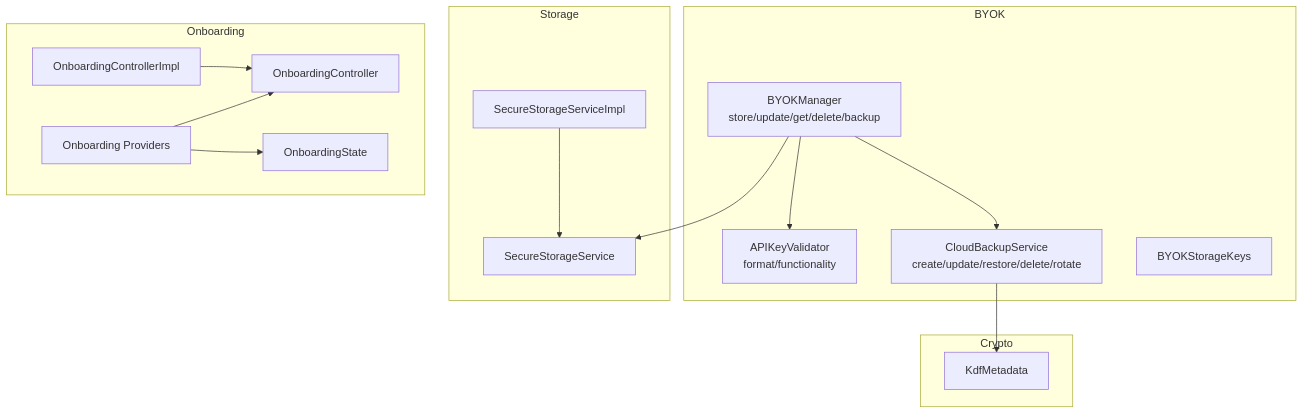
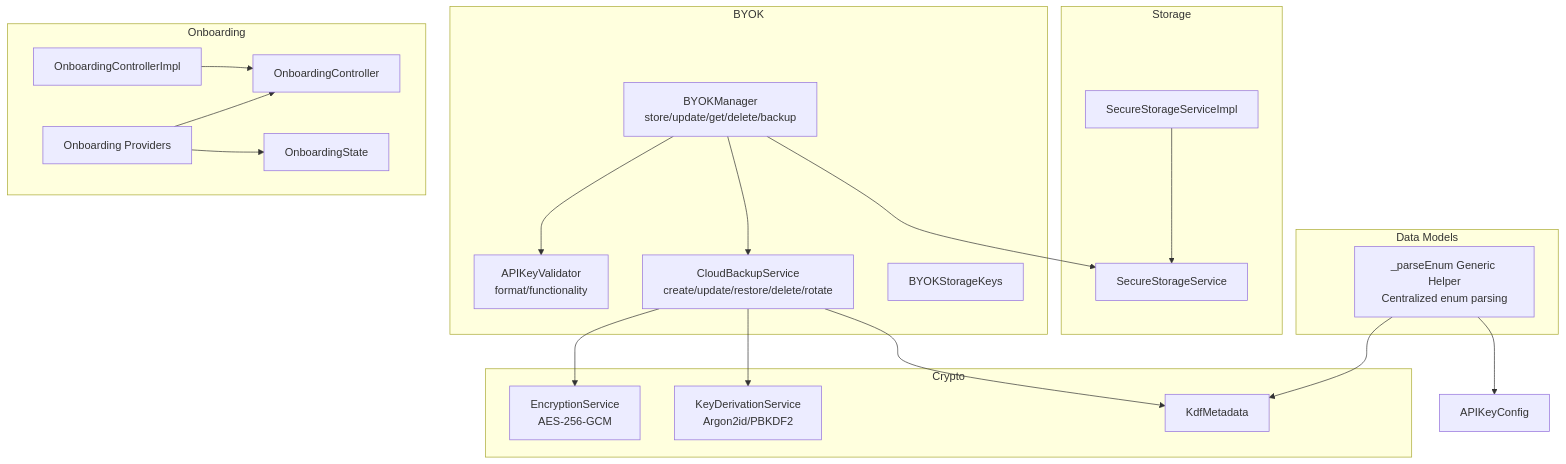
Before and after one commit to JAaron93/StyleSync: the first of 9 diagrams in .qoder/repowiki/en/content/API Reference.md, drawn with Mermaid. The commit also changed other lines of this file and 36 other files, not shown here.

First line of the commit message:
docs(api): adds centralized _parseEnum helper and enhance data model parsing docs

````diff
--- a/.qoder/repowiki/en/content/API Reference.md
+++ b/.qoder/repowiki/en/content/API Reference.md
@@ -49,30 +65,39 @@
 ```mermaid
 graph TB
 subgraph "BYOK"
 BYOKMgr["BYOKManager<br/>store/update/get/delete/backup"]
 Validator["APIKeyValidator<br/>format/functionality"]
 CloudBackup["CloudBackupService<br/>create/update/restore/delete/rotate"]
 Keys["BYOKStorageKeys"]
 end
 subgraph "Storage"
 SSS["SecureStorageService"]
 SSImpl["SecureStorageServiceImpl"]
 end
 subgraph "Onboarding"
 OBCtrl["OnboardingController"]
 OBImpl["OnboardingControllerImpl"]
 OBState["OnboardingState"]
 OBProv["Onboarding Providers"]
 end
 subgraph "Crypto"
+EncSvc["EncryptionService<br/>AES-256-GCM"]
+KDFSvc["KeyDerivationService<br/>Argon2id/PBKDF2"]
 KDF["KdfMetadata"]
+end
+subgraph "Data Models"
+ParseEnum["_parseEnum Generic Helper<br/>Centralized enum parsing"]
 end
 BYOKMgr --> Validator
 BYOKMgr --> SSS
 BYOKMgr --> CloudBackup
+CloudBackup --> EncSvc
+CloudBackup --> KDFSvc
 CloudBackup --> KDF
 SSImpl --> SSS
 OBProv --> OBCtrl
 OBImpl --> OBCtrl
 OBProv --> OBState
+ParseEnum --> KDF
+ParseEnum --> APIKeyConfig
 ```
````
